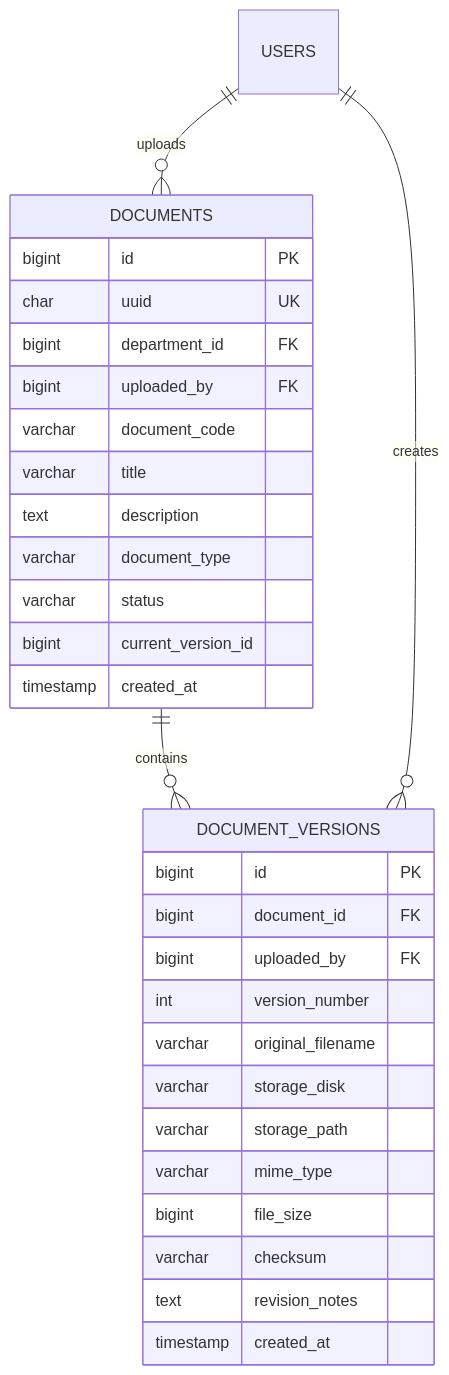
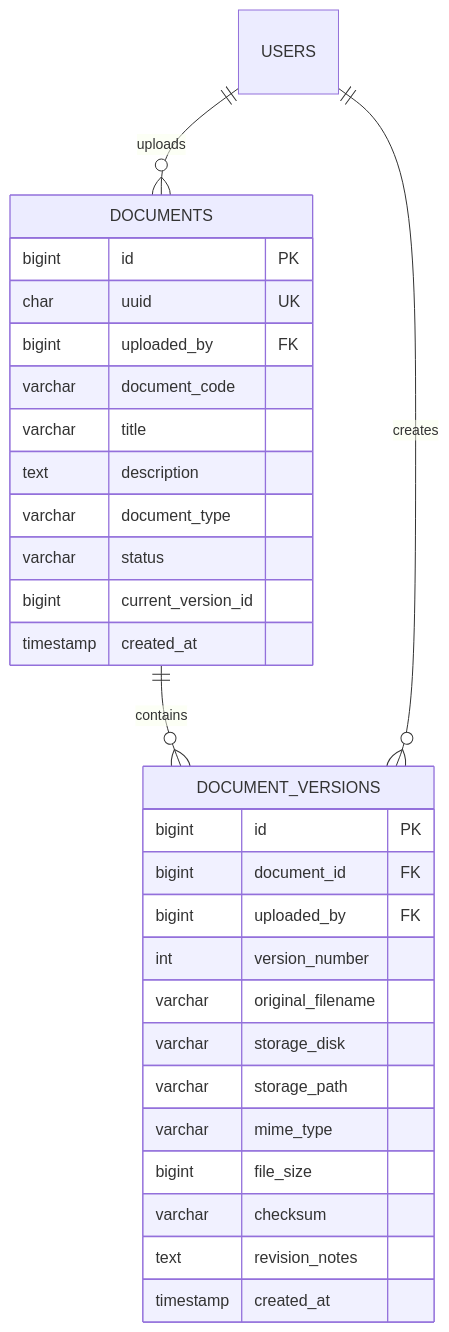
The third of 5 diagrams in docs/DATABASE_DESIGN.md (AhmadKris/laravel-base), drawn with Mermaid before and after one commit. The commit also changed other lines of this file and 73 other files, not shown here.

````diff
--- a/docs/DATABASE_DESIGN.md
+++ b/docs/DATABASE_DESIGN.md
@@ -314,35 +292,34 @@
 ```mermaid
 erDiagram
     USERS ||--o{ DOCUMENTS : uploads
     DOCUMENTS ||--o{ DOCUMENT_VERSIONS : contains
     USERS ||--o{ DOCUMENT_VERSIONS : creates
 
     DOCUMENTS {
         bigint id PK
         char uuid UK
-        bigint department_id FK
         bigint uploaded_by FK
         varchar document_code
         varchar title
         text description
         varchar document_type
         varchar status
         bigint current_version_id
         timestamp created_at
     }
 
     DOCUMENT_VERSIONS {
         bigint id PK
         bigint document_id FK
         bigint uploaded_by FK
         int version_number
         varchar original_filename
         varchar storage_disk
         varchar storage_path
         varchar mime_type
         bigint file_size
         varchar checksum
         text revision_notes
         timestamp created_at
     }
 ```
````
